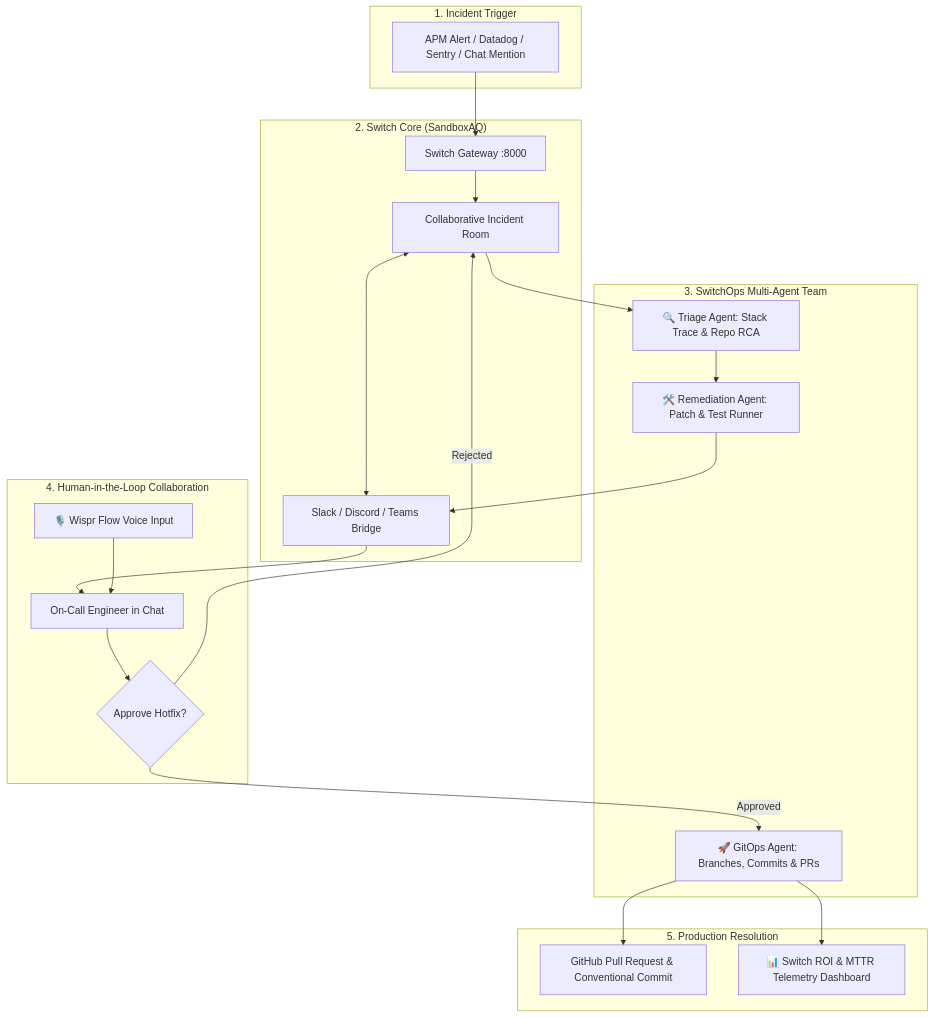
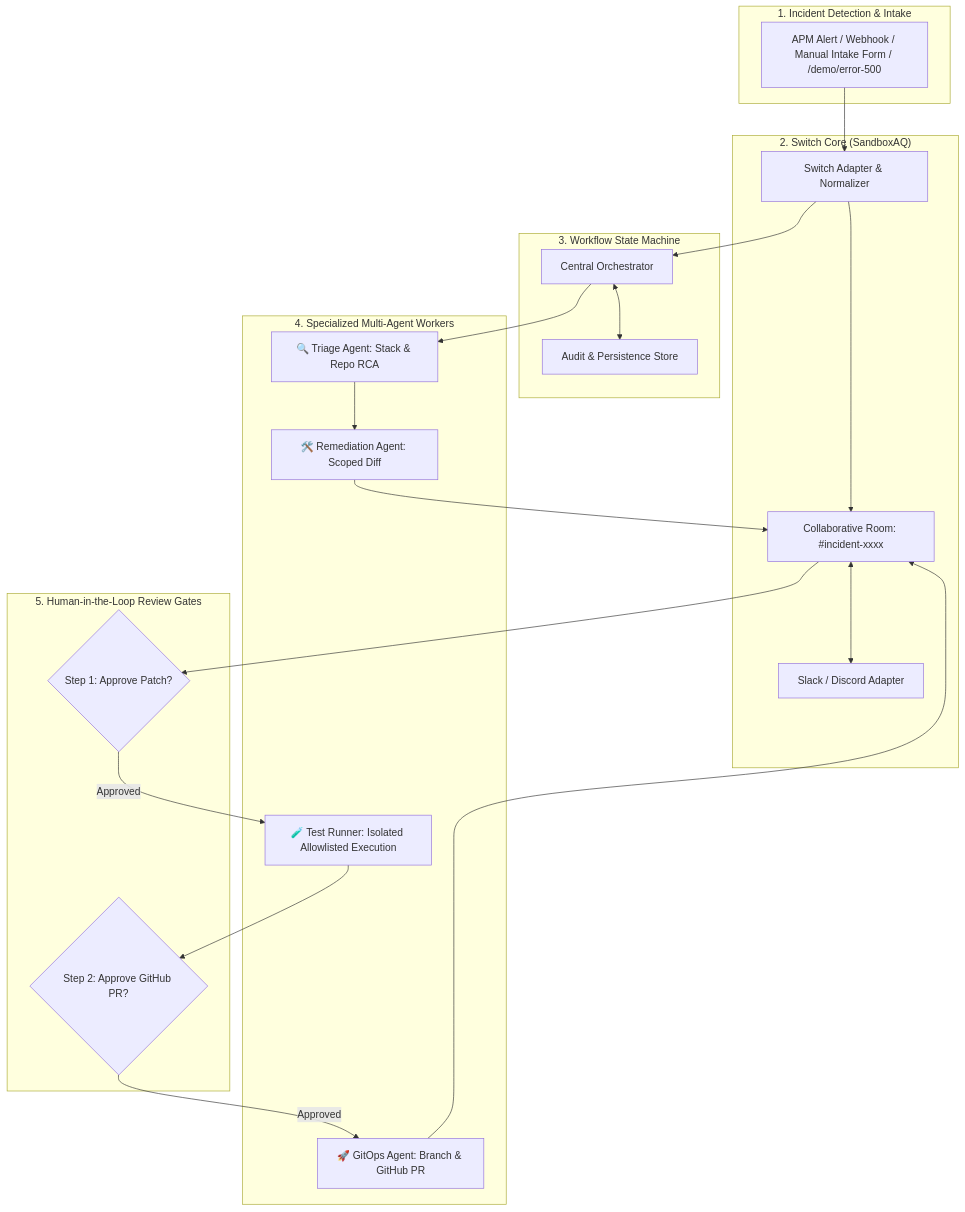
The diagram in README.md (abhroniljash/SwitchOps), drawn with Mermaid before and after one commit. The commit also changed other lines of this file and 19 other files, not shown here.

````diff
--- a/README.md
+++ b/README.md
@@ -55,43 +52,43 @@
 ```mermaid
 flowchart TD
-    subgraph Trigger ["1. Incident Trigger"]
-        A[APM Alert / Datadog / Sentry / Chat Mention]
+    subgraph Detection ["1. Incident Detection & Intake"]
+        A[APM Alert / Webhook / Manual Intake Form / /demo/error-500]
     end
 
     subgraph SwitchBridge ["2. Switch Core (SandboxAQ)"]
-        B[Switch Gateway :8000]
-        C[Collaborative Incident Room]
-        D[Slack / Discord / Teams Bridge]
+        B[Switch Adapter & Normalizer]
+        C[Collaborative Room: #incident-xxxx]
+        D[Slack / Discord Adapter]
     end
 
-    subgraph MultiAgentEngine ["3. SwitchOps Multi-Agent Team"]
-        E[🔍 Triage Agent: Stack Trace & Repo RCA]
-        F[🛠️ Remediation Agent: Patch & Test Runner]
-        G[🚀 GitOps Agent: Branches, Commits & PRs]
+    subgraph Orchestrator ["3. Workflow State Machine"]
+        E[Central Orchestrator]
+        F[Audit & Persistence Store]
     end
 
-    subgraph HumanLoop ["4. Human-in-the-Loop Collaboration"]
-        H[On-Call Engineer in Chat]
-        I[🎙️ Wispr Flow Voice Input]
-        J{Approve Hotfix?}
+    subgraph Agents ["4. Specialized Multi-Agent Workers"]
+        G[🔍 Triage Agent: Stack & Repo RCA]
+        H[🛠️ Remediation Agent: Scoped Diff]
+        I[🧪 Test Runner: Isolated Allowlisted Execution]
+        J[🚀 GitOps Agent: Branch & GitHub PR]
     end
 
-    subgraph Resolution ["5. Production Resolution"]
-        K[GitHub Pull Request & Conventional Commit]
-        L[📊 Switch ROI & MTTR Telemetry Dashboard]
+    subgraph HumanLoop ["5. Human-in-the-Loop Review Gates"]
+        K{Step 1: Approve Patch?}
+        L{Step 2: Approve GitHub PR?}
     end
 
     A --> B
     B --> C
     C <--> D
-    C --> E
-    E --> F
-    F --> D
-    D --> H
-    I --> H
-    H --> J
-    J -- "Approved" --> G
-    J -- "Rejected" --> C
-    G --> K
-    G --> L
+    B --> E
+    E <--> F
+    E --> G
+    G --> H
+    H --> C
+    C --> K
+    K -- "Approved" --> I
+    I --> L
+    L -- "Approved" --> J
+    J --> C
 ```
````
